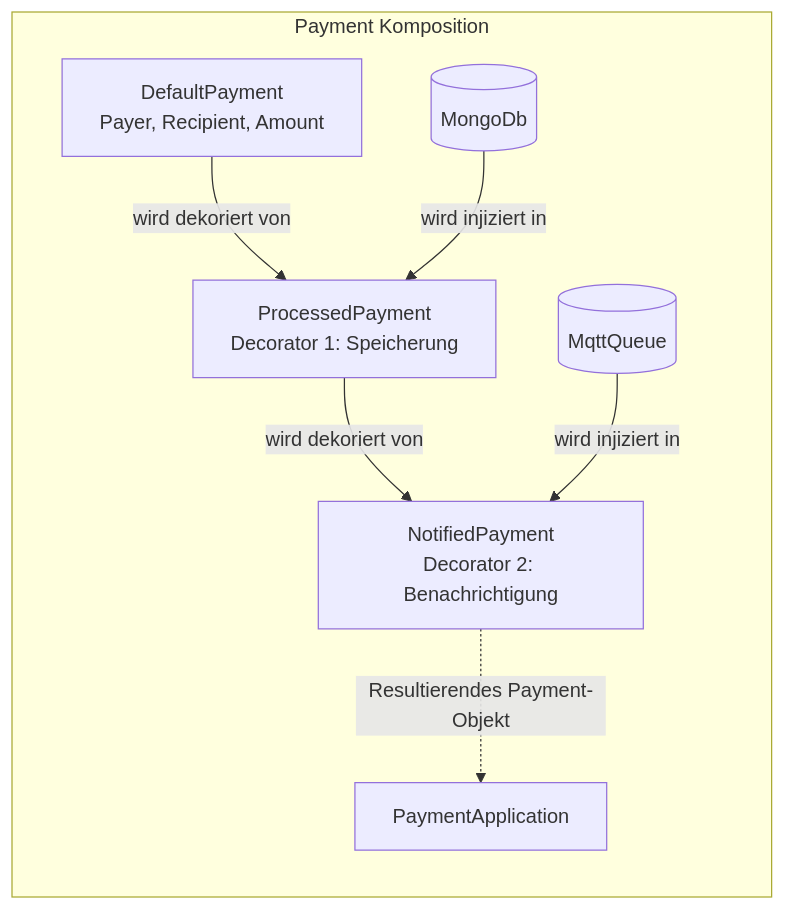
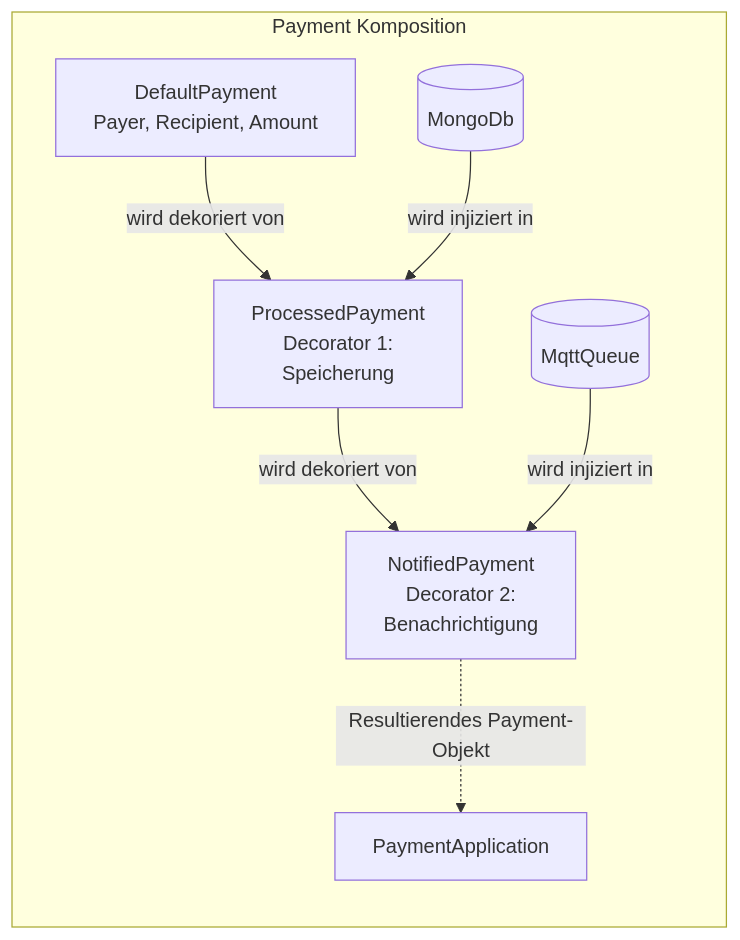
The fourth of 5 diagrams in blog/000_system_composition_de.md (andreas-wagner-dev/object-oriented-learning-journey), drawn with Mermaid before and after one commit.

````diff
--- a/blog/000_system_composition_de.md
+++ b/blog/000_system_composition_de.md
@@ -445,24 +445,24 @@
 ```mermaid
 flowchart TD
 
     subgraph PaymentComposition["Payment Komposition"]
         direction TB
 
         Deco["DefaultPayment<br/>Payer, Recipient, Amount"]
 
-        D1["ProcessedPayment<br/>Decorator 1: Speicherung"]
-        D2["NotifiedPayment<br/>Decorator 2: Benachrichtigung"]
+        D1["ProcessedPayment<br/>Decorator 1:<br/>Speicherung"]
+        D2["NotifiedPayment<br/>Decorator 2:<br/>Benachrichtigung"]
 
         Mongo[(MongoDb)]
         Mqtt[(MqttQueue)]
 
         Deco -->|wird dekoriert von| D1
         Mongo -->|wird injiziert in| D1
 
         D1 -->|wird dekoriert von| D2
         Mqtt -->|wird injiziert in| D2
         
         D2 -.->|Resultierendes Payment-Objekt| Application[PaymentApplication]
     end
 
 ```
````
